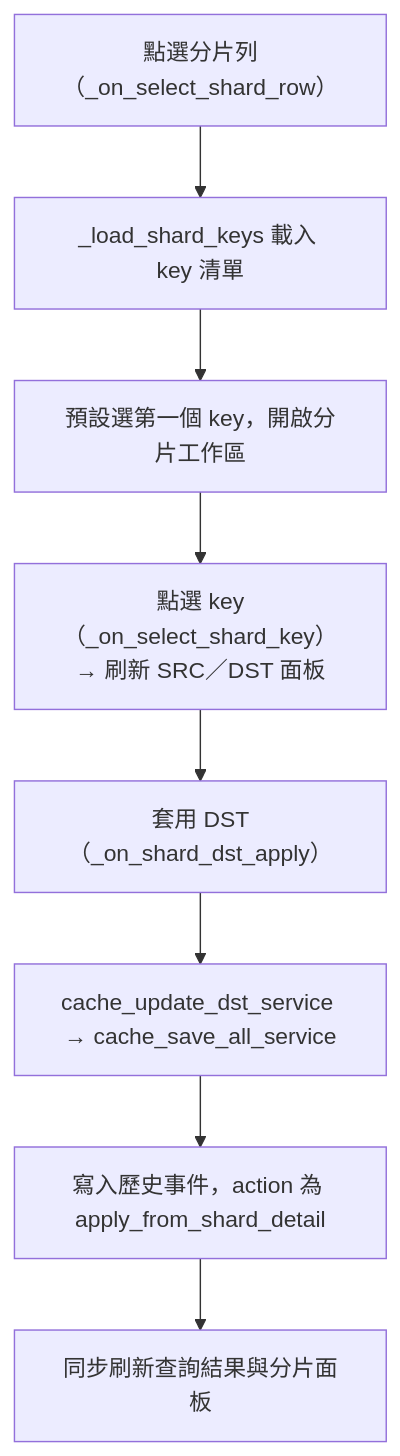
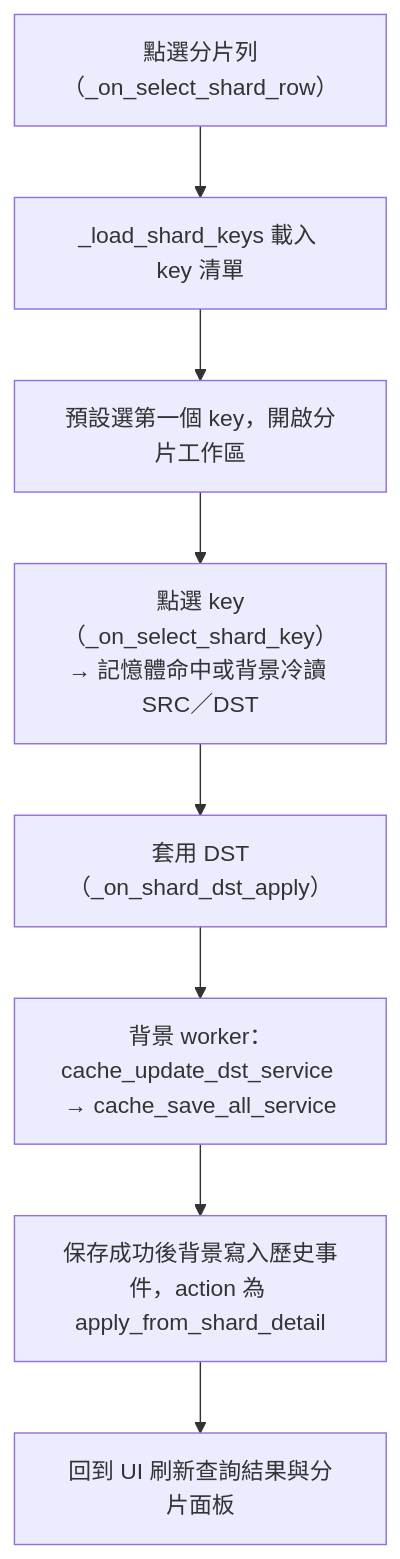
One commit to jlin53882/Minecraft-translate changed the fifth of 5 diagrams in docs/page_flows/cache.md. Above: the diagram before and after it, drawn with Mermaid. The commit also changed other lines of this file and 20 other files, not shown here.

````diff
--- a/docs/page_flows/cache.md
+++ b/docs/page_flows/cache.md
@@ -120,10 +122,10 @@
 ```mermaid
 flowchart TD
     A["點選分片列（_on_select_shard_row）"] --> B["_load_shard_keys 載入 key 清單"]
     B --> C["預設選第一個 key，開啟分片工作區"]
-    C --> D["點選 key（_on_select_shard_key）→ 刷新 SRC／DST 面板"]
+    C --> D["點選 key（_on_select_shard_key）→ 記憶體命中或背景冷讀 SRC／DST"]
     D --> E["套用 DST（_on_shard_dst_apply）"]
-    E --> F["cache_update_dst_service → cache_save_all_service"]
-    F --> G["寫入歷史事件，action 為 apply_from_shard_detail"]
-    G --> H["同步刷新查詢結果與分片面板"]
+    E --> F["背景 worker：cache_update_dst_service → cache_save_all_service"]
+    F --> G["保存成功後背景寫入歷史事件，action 為 apply_from_shard_detail"]
+    G --> H["回到 UI 刷新查詢結果與分片面板"]
 ```
````
